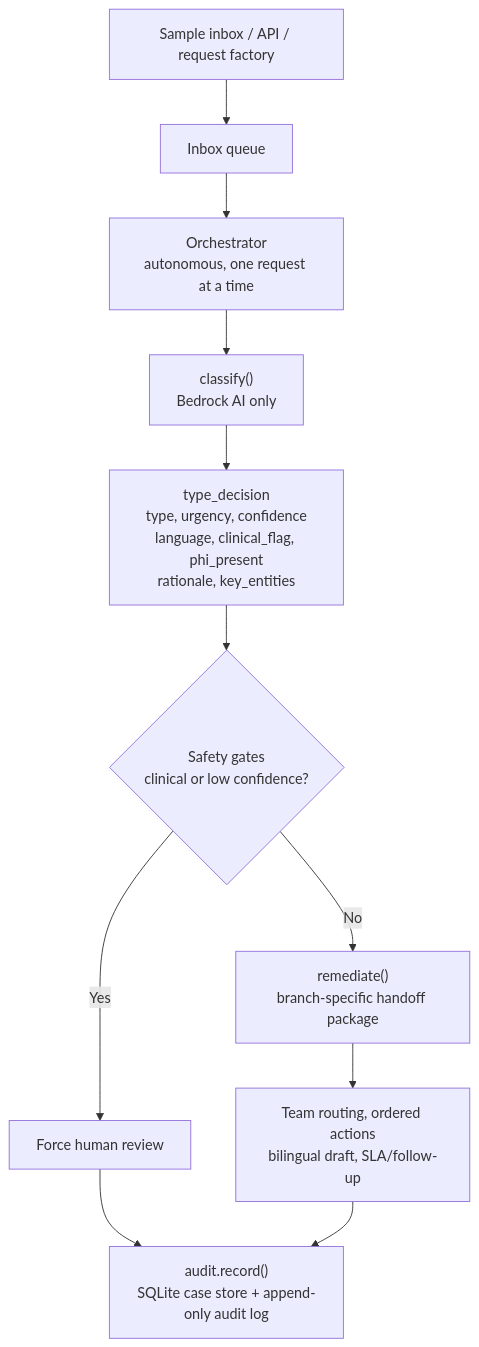
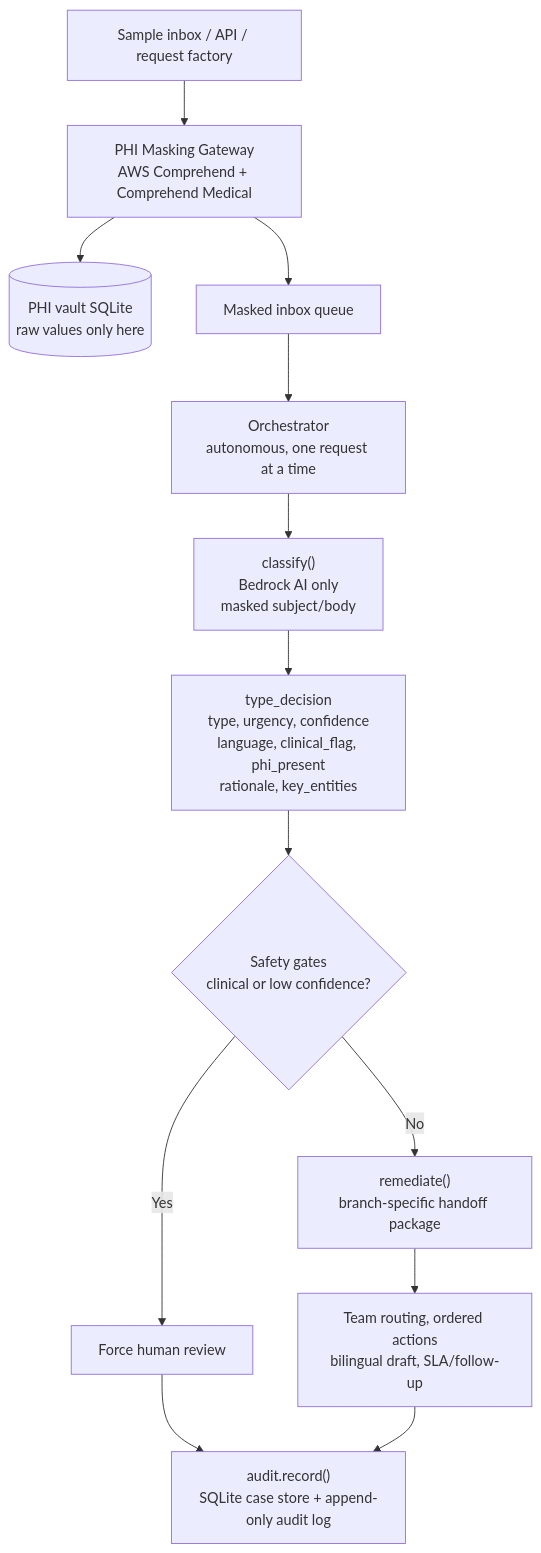
The diagram in Submission_Incoming_Request_Processing_Workflow/README.md (oscaroflores/STEM_POC_Oscar-Flores-Cardona_Incoming-Request-Processing-Workflow), drawn with Mermaid before and after one commit. The commit also changed other lines of this file and 22 other files, not shown here.

First line of the commit message:
Add internal PHI masking gateway

````diff
--- a/Submission_Incoming_Request_Processing_Workflow/README.md
+++ b/Submission_Incoming_Request_Processing_Workflow/README.md
@@ -51,16 +58,18 @@
 ```mermaid
 flowchart TD
-    source["Sample inbox / API / request factory"] --> inbox["Inbox queue"]
+    source["Sample inbox / API / request factory"] --> mask["PHI Masking Gateway<br/>AWS Comprehend + Comprehend Medical"]
+    mask --> vault[("PHI vault SQLite<br/>raw values only here")]
+    mask --> inbox["Masked inbox queue"]
     inbox --> orchestrator["Orchestrator<br/>autonomous, one request at a time"]
 
-    orchestrator --> classify["classify()<br/>Bedrock AI only"]
+    orchestrator --> classify["classify()<br/>Bedrock AI only<br/>masked subject/body"]
     classify --> decision["type_decision<br/>type, urgency, confidence<br/>language, clinical_flag, phi_present<br/>rationale, key_entities"]
 
     decision --> gates{"Safety gates<br/>clinical or low confidence?"}
     gates -->|Yes| human["Force human review"]
     gates -->|No| remediate["remediate()<br/>branch-specific handoff package"]
 
     human --> audit["audit.record()<br/>SQLite case store + append-only audit log"]
     remediate --> outputs["Team routing, ordered actions<br/>bilingual draft, SLA/follow-up"]
     outputs --> audit
 ```
````
